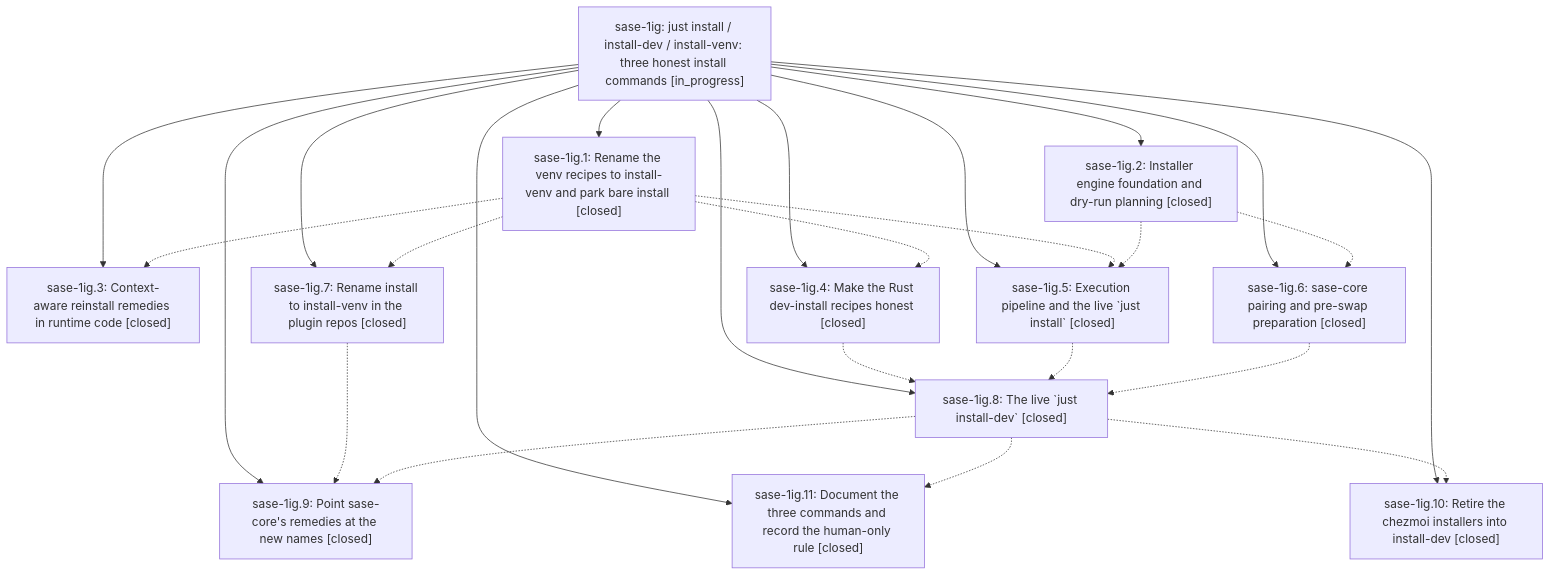
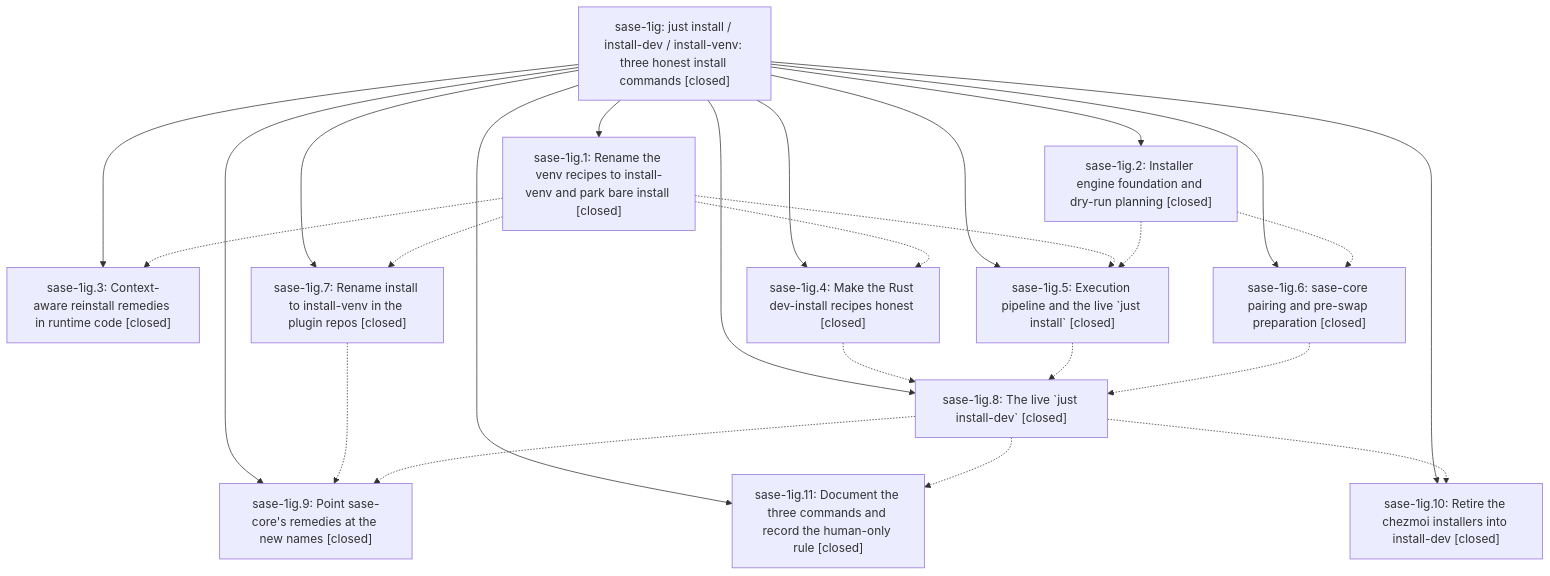
The diagram in pages/sase-1ig/README.md (sase-org/sase--beads), drawn with Mermaid before and after one commit. The commit also changed other lines of this file and 3 other files, not shown here.

````diff
--- a/pages/sase-1ig/README.md
+++ b/pages/sase-1ig/README.md
@@ -46,39 +63,39 @@
 ```mermaid
 flowchart TD
-    n0["sase-1ig: just install / install-dev / install-venv: three honest install commands [in_progress]"]
+    n0["sase-1ig: just install / install-dev / install-venv: three honest install commands [closed]"]
     n1["sase-1ig.1: Rename the venv recipes to install-venv and park bare install [closed]"]
     n2["sase-1ig.10: Retire the chezmoi installers into install-dev [closed]"]
     n3["sase-1ig.11: Document the three commands and record the human-only rule [closed]"]
     n4["sase-1ig.2: Installer engine foundation and dry-run planning [closed]"]
     n5["sase-1ig.3: Context-aware reinstall remedies in runtime code [closed]"]
     n6["sase-1ig.4: Make the Rust dev-install recipes honest [closed]"]
     n7["sase-1ig.5: Execution pipeline and the live `just install` [closed]"]
     n8["sase-1ig.6: sase-core pairing and pre-swap preparation [closed]"]
     n9["sase-1ig.7: Rename install to install-venv in the plugin repos [closed]"]
     n10["sase-1ig.8: The live `just install-dev` [closed]"]
     n11["sase-1ig.9: Point sase-core's remedies at the new names [closed]"]
     n0 --> n1
     n0 --> n2
     n0 --> n3
     n0 --> n4
     n0 --> n5
     n0 --> n6
     n0 --> n7
     n0 --> n8
     n0 --> n9
     n0 --> n10
     n0 --> n11
     n1 -.-> n5
     n1 -.-> n6
     n1 -.-> n7
     n1 -.-> n9
     n4 -.-> n7
     n4 -.-> n8
     n6 -.-> n10
     n7 -.-> n10
     n8 -.-> n10
     n9 -.-> n11
     n10 -.-> n2
     n10 -.-> n3
     n10 -.-> n11
 ```
````
